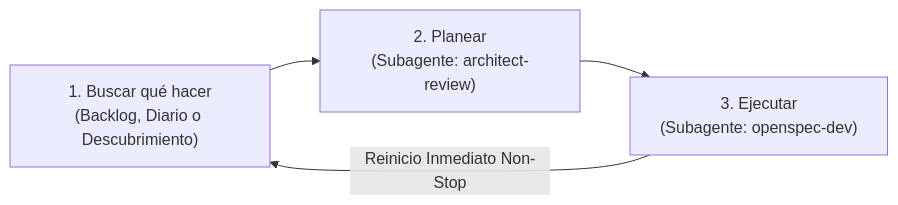
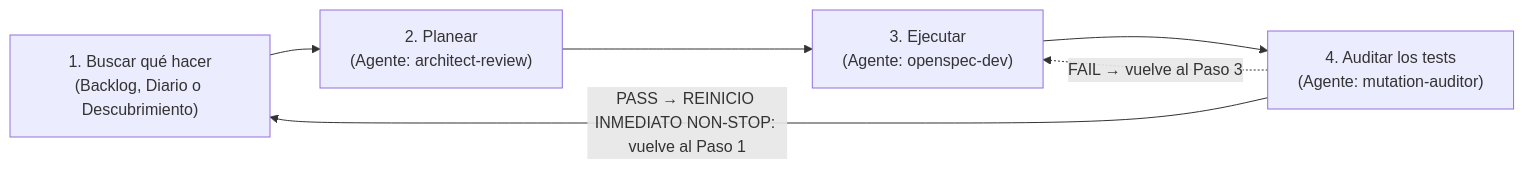
One commit to carcheky/woptimizer changed the diagram in .agents/skills/id-pipeline/SKILL.md. Above: the diagram before and after it, drawn with Mermaid. The commit also changed other lines of this file and 3 other files, not shown here.

````diff
--- a/.agents/skills/id-pipeline/SKILL.md
+++ b/.agents/skills/id-pipeline/SKILL.md
@@ -11,6 +11,8 @@
 ```mermaid
 flowchart LR
-    P1["1. Buscar qué hacer<br/>(Backlog, Diario o Descubrimiento)"] --> P2["2. Planear<br/>(Subagente: architect-review)"]
-    P2 --> P3["3. Ejecutar<br/>(Subagente: openspec-dev)"]
-    P3 -- "Reinicio Inmediato Non-Stop" --> P1
+    P1["1. Buscar qué hacer<br/>(Backlog, Diario o Descubrimiento)"] --> P2["2. Planear<br/>(Agente: architect-review)"]
+    P2 --> P3["3. Ejecutar<br/>(Agente: openspec-dev)"]
+    P3 --> P4["4. Auditar los tests<br/>(Agente: mutation-auditor)"]
+    P4 -- "PASS → REINICIO INMEDIATO NON-STOP: vuelve al Paso 1" --> P1
+    P4 -.->|"FAIL → vuelve al Paso 3"| P3
 ```
````
